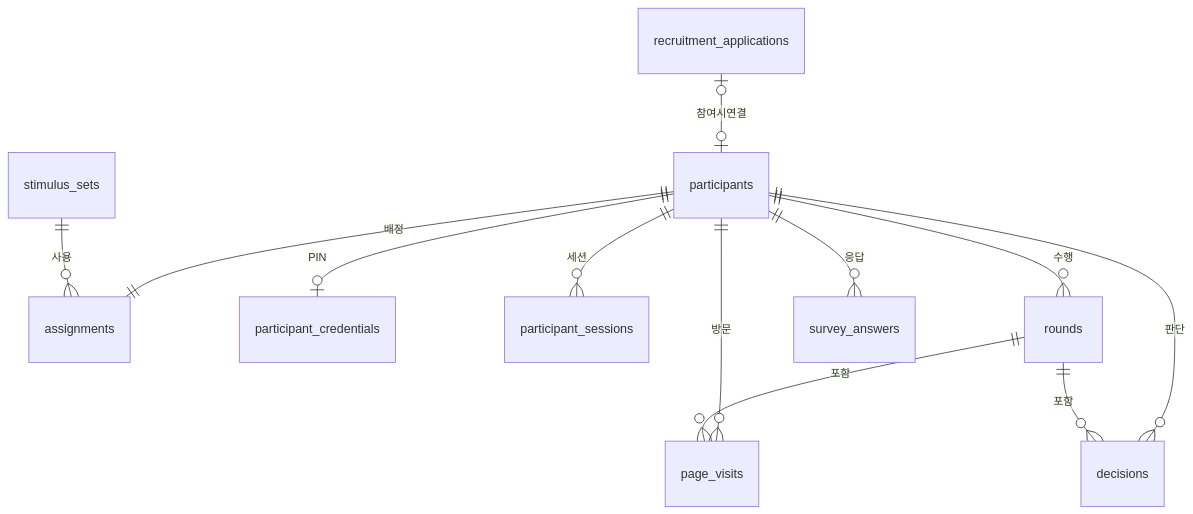
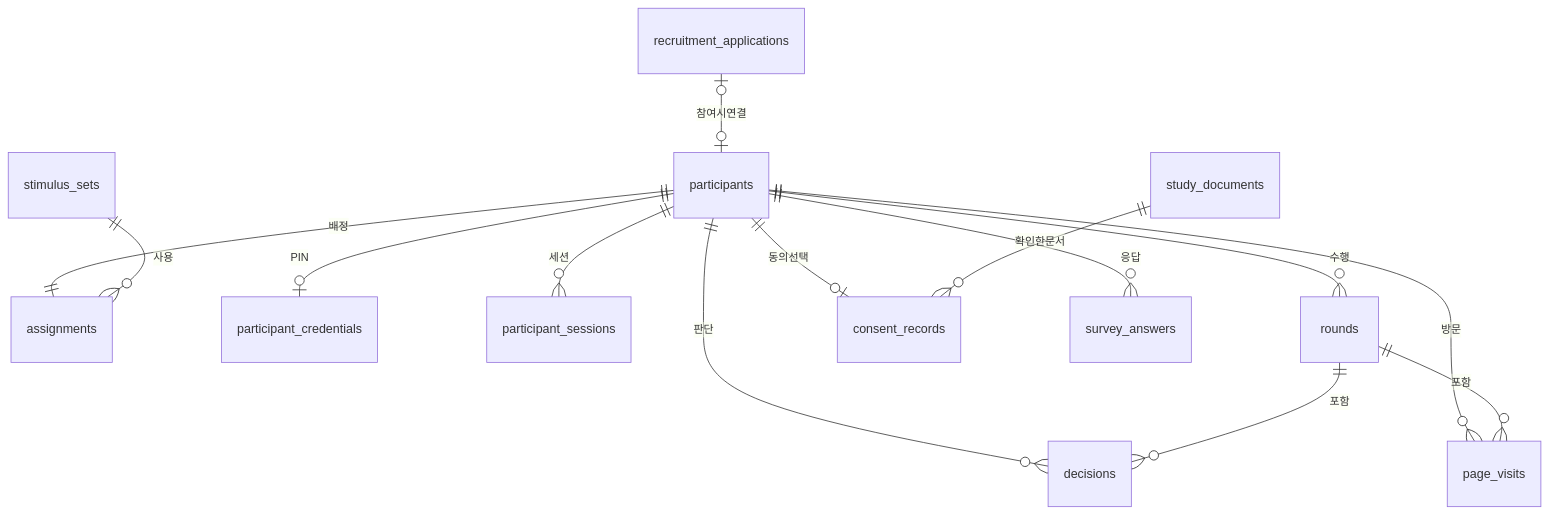
Before and after one commit to dev-yeinchoi/AURA: the diagram in README.md, drawn with Mermaid. The commit also changed other lines of this file and 16 other files, not shown here.

````diff
--- a/README.md
+++ b/README.md
@@ -109,14 +109,16 @@
 ```mermaid
 erDiagram
   recruitment_applications o|--o| participants : 참여시연결
   participants ||--|| assignments : 배정
   participants ||--o| participant_credentials : PIN
   participants ||--o{ participant_sessions : 세션
   participants ||--o{ rounds : 수행
   participants ||--o{ page_visits : 방문
+  participants ||--o| consent_records : 동의선택
+  study_documents ||--o{ consent_records : 확인한문서
   participants ||--o{ survey_answers : 응답
   participants ||--o{ decisions : 판단
   stimulus_sets ||--o{ assignments : 사용
   rounds ||--o{ decisions : 포함
   rounds ||--o{ page_visits : 포함
 ```
````
